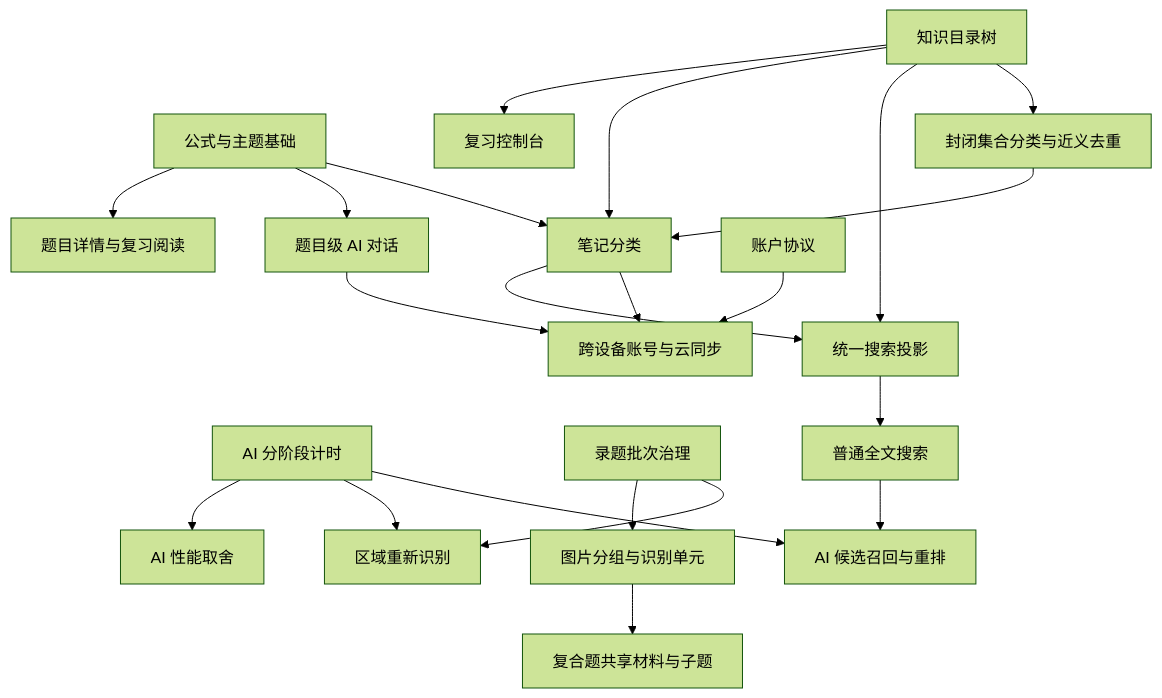
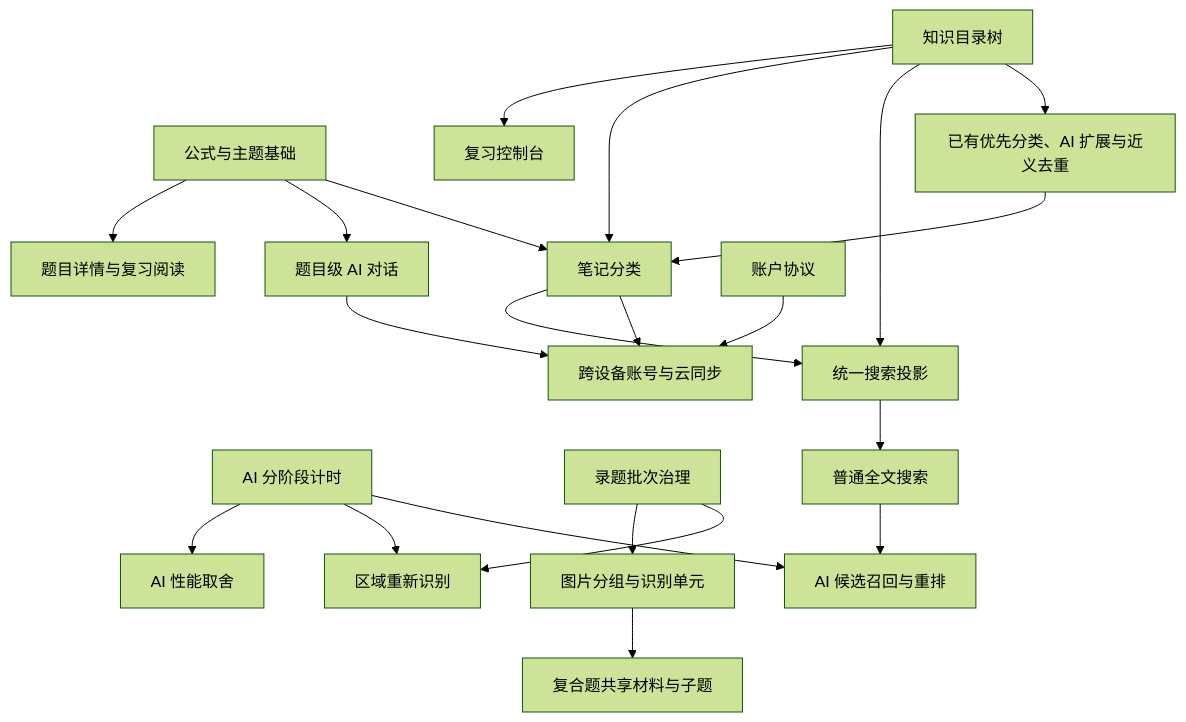
The diagram in docs/12_产品体验与下一阶段任务规划.md (sign-river/Yancuo), drawn with Mermaid (forest theme) before and after one commit. The commit also changed other lines of this file and 2 other files, not shown here.

````diff
--- a/docs/12_产品体验与下一阶段任务规划.md
+++ b/docs/12_产品体验与下一阶段任务规划.md
@@ -1526,23 +1527,23 @@
 ```mermaid
 flowchart TD
     A["公式与主题基础"] --> D["题目详情与复习阅读"]
     B["AI 分阶段计时"] --> C["AI 性能取舍"]
     B --> E["区域重新识别"]
     F --> P["图片分组与识别单元"]
     P --> Q["复合题共享材料与子题"]
     F["录题批次治理"] --> E
     G["知识目录树"] --> H["复习控制台"]
     G --> I["笔记分类"]
     G --> M["统一搜索投影"]
     M --> N["普通全文搜索"]
     N --> O["AI 候选召回与重排"]
     B --> O
     A --> J["题目级 AI 对话"]
     A --> I
-    G --> T["封闭集合分类与近义去重"]
+    G --> T["已有优先分类、AI 扩展与近义去重"]
     T --> I
     I --> M
     K["账户协议"] --> L["跨设备账号与云同步"]
     J --> L
     I --> L
 ```
````
